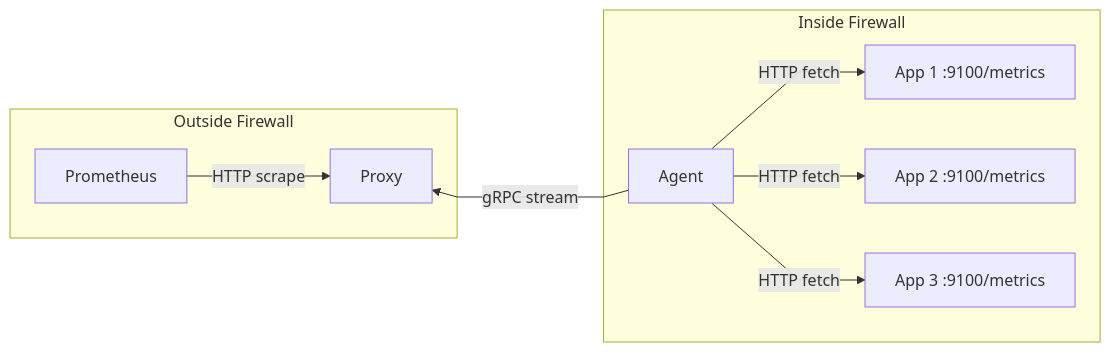
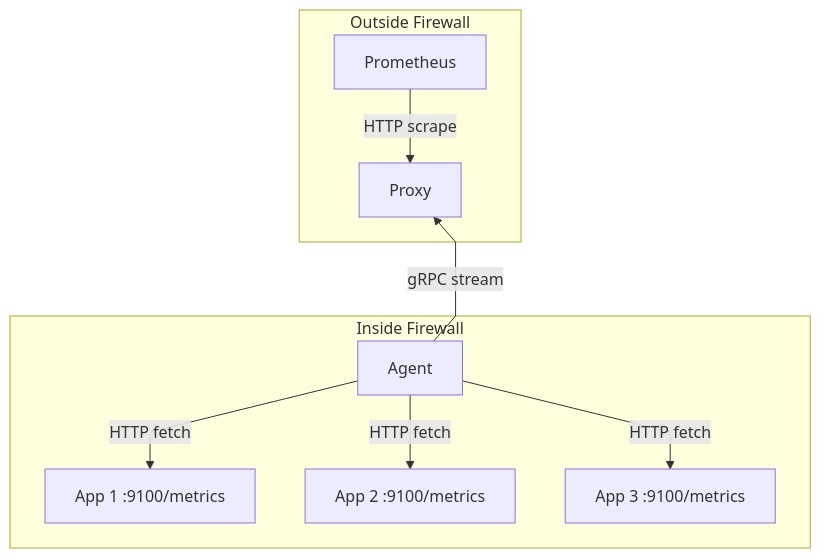
Before and after one commit to pambrose/prometheus-proxy: the diagram in website/prometheus-proxy/docs/index.md, drawn with Mermaid. The commit also changed 18 other files, not shown here.

First line of the commit message:
Draw the docs' diagrams readable, set the reading measure, and serve the lightbox from the site (#535)

````diff
--- a/website/prometheus-proxy/docs/index.md
+++ b/website/prometheus-proxy/docs/index.md
@@ -16,25 +16,25 @@
 ``` mermaid
 %%{init: {'flowchart': {'curve': 'linear'}}}%%
-graph LR
+graph TB
   P[Prometheus] -->|HTTP scrape| Proxy
   %% The agent initiates the outbound gRPC connection, so the arrow points back to the proxy. The
-  %% invisible link pins Proxy left of Agent -- mermaid has no single reverse arrow to do it directly,
+  %% invisible link pins Proxy above Agent -- mermaid has no single reverse arrow to do it directly,
   %% and curve:linear (above) keeps the resulting back-edge as straight as it can be drawn.
   Proxy ~~~ Agent
   Agent -->|gRPC stream| Proxy
   Agent -->|HTTP fetch| E1[App 1 :9100/metrics]
   Agent -->|HTTP fetch| E2[App 2 :9100/metrics]
   Agent -->|HTTP fetch| E3[App 3 :9100/metrics]
 
   subgraph Outside Firewall
     P
     Proxy
   end
 
   subgraph Inside Firewall
     Agent
     E1
     E2
     E3
   end
 ```
````
